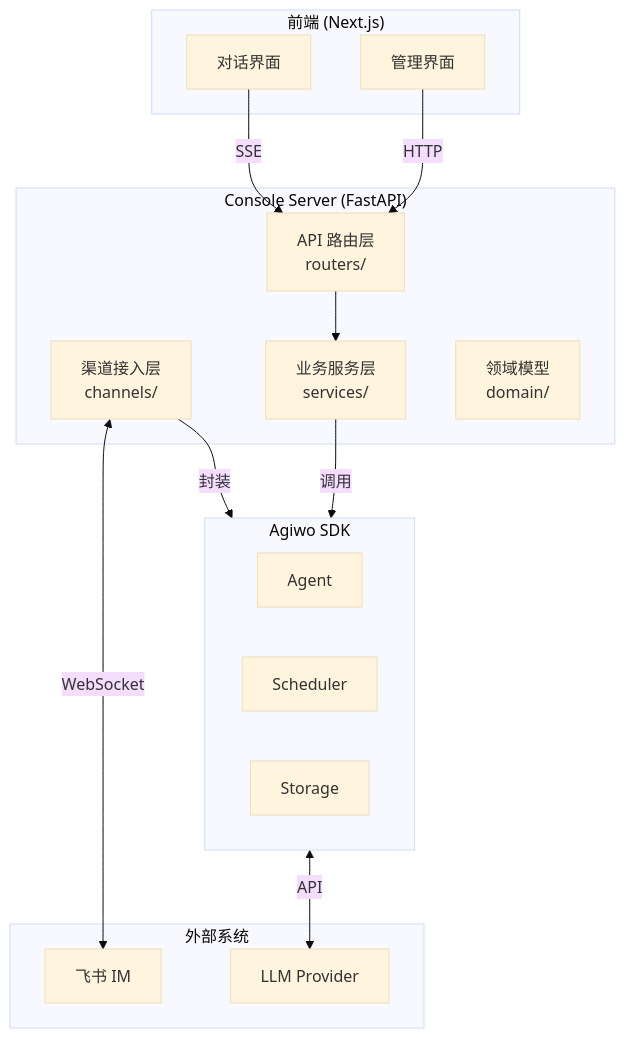
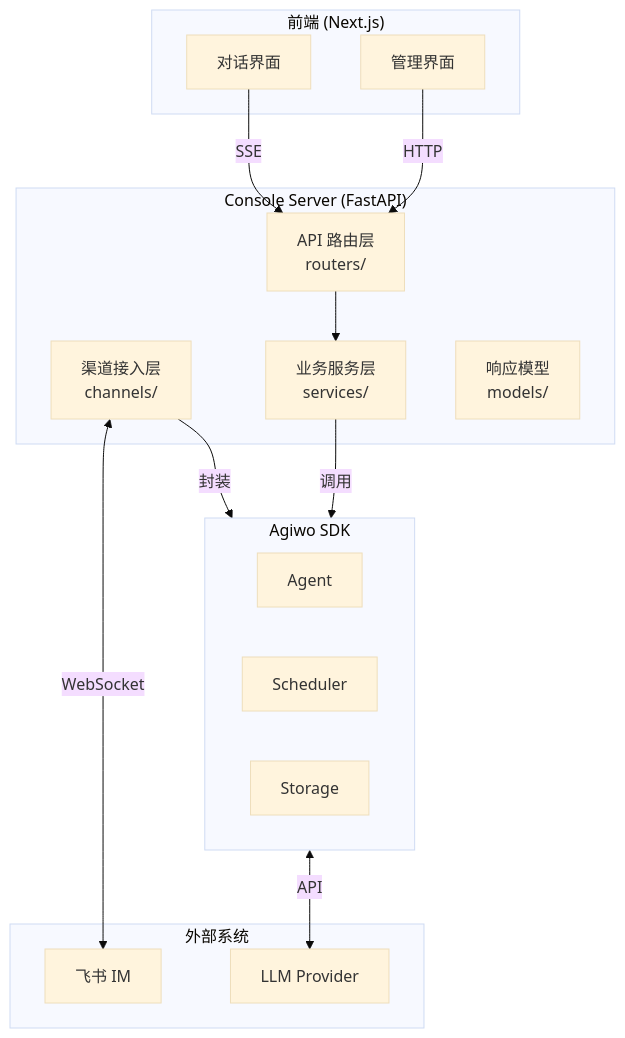
The diagram in console/server/README.md (xhwSkhizein/agiwo), drawn with Mermaid (base theme) before and after one commit. The commit also changed other lines of this file and 8 other files, not shown here.

````diff
--- a/console/server/README.md
+++ b/console/server/README.md
@@ -13,33 +13,33 @@
 ```mermaid
 flowchart TB
     subgraph Frontend["前端 (Next.js)"]
         UI["管理界面"]
         ChatUI["对话界面"]
     end
 
     subgraph Console["Console Server (FastAPI)"]
         Routers["API 路由层<br/>routers/"]
         Services["业务服务层<br/>services/"]
         Channels["渠道接入层<br/>channels/"]
-        Domain["领域模型<br/>domain/"]
+        Models["响应模型<br/>models/"]
     end
 
     subgraph SDK["Agiwo SDK"]
         Agent["Agent"]
         Scheduler["Scheduler"]
         Storage["Storage"]
     end
 
     subgraph External["外部系统"]
         Feishu["飞书 IM"]
         LLM["LLM Provider"]
     end
 
     UI -->|HTTP| Routers
     ChatUI -->|SSE| Routers
     Routers --> Services
     Services -->|调用| SDK
     Channels -->|封装| SDK
     Channels <-->|WebSocket| Feishu
     SDK <-->|API| LLM
 ```
````
